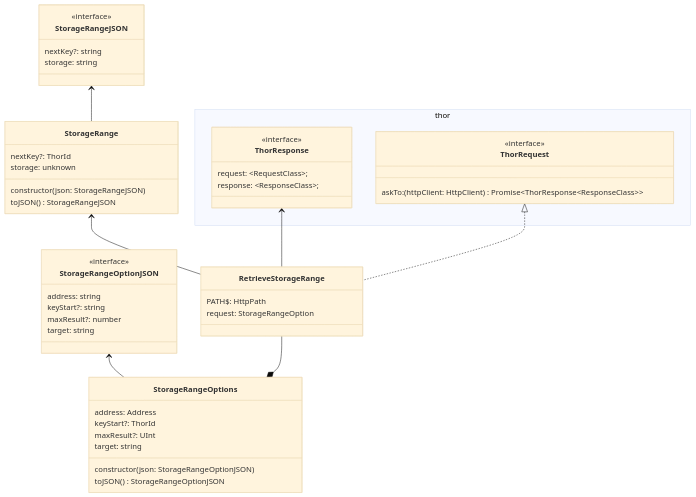
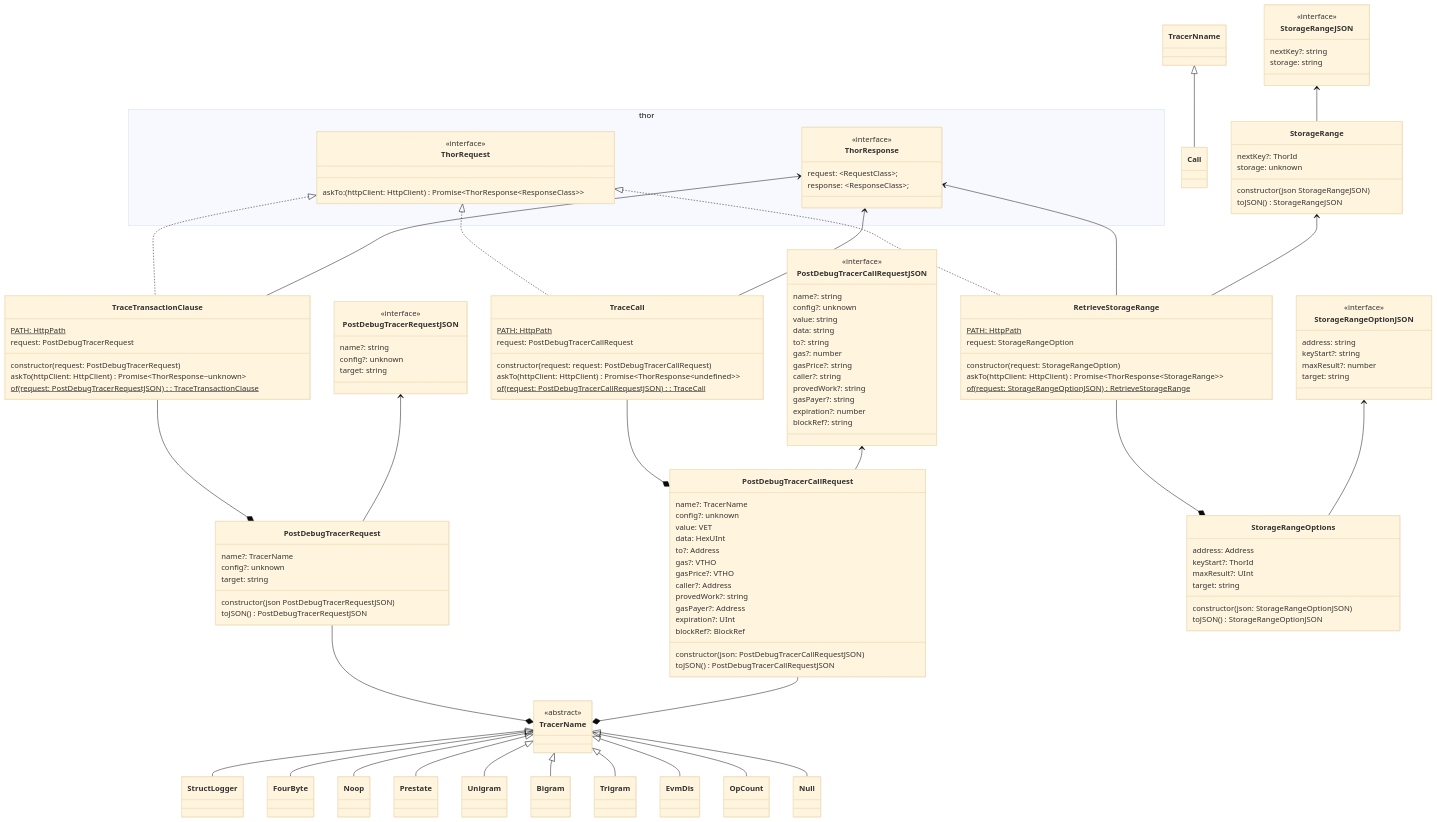
One commit to vechain/vechain-sdk-js changed the diagram in docs/diagrams/v2/net/thor/debug/debug.md. Above: the diagram before and after it, drawn with Mermaid (base theme). The commit also changed 7 other files, not shown here.

````diff
--- a/docs/diagrams/v2/net/thor/debug/debug.md
+++ b/docs/diagrams/v2/net/thor/debug/debug.md
@@ -1,15 +1,62 @@
 ```mermaid
 classDiagram
+    class PostDebugTracerCallRequest {
+        name?: TracerName
+        config?: unknown
+        value: VET
+        data: HexUInt
+        to?: Address
+        gas?: VTHO
+        gasPrice?: VTHO
+        caller?: Address
+        provedWork?: string
+        gasPayer?: Address
+        expiration?: UInt
+        blockRef?: BlockRef
+        constructor(json: PostDebugTracerCallRequestJSON)
+        toJSON() PostDebugTracerCallRequestJSON
+    }
+    class PostDebugTracerCallRequestJSON {
+        <<interface>>
+        name?: string
+        config?: unknown
+        value: string
+        data: string
+        to?: string
+        gas?: number
+        gasPrice?: string
+        caller?: string
+        provedWork?: string
+        gasPayer?: string
+        expiration?: number
+        blockRef?: string
+    }
+    class PostDebugTracerRequest {
+        name?: TracerName
+        config?: unknown
+        target: string
+        constructor(json PostDebugTracerRequestJSON)
+        toJSON() PostDebugTracerRequestJSON
+    }
+    class PostDebugTracerRequestJSON {
+        <<interface>>
+        name?: string
+        config?: unknown
+        target: string
+    }
     class RetrieveStorageRange {
-        PATH$: HttpPath
+        PATH: HttpPath$
         request: StorageRangeOption
+        constructor(request: StorageRangeOption)
+        askTo(httpClient: HttpClient) Promise~ThorResponse~StorageRange~~
+        of(request: StorageRangeOptionJSON) RetrieveStorageRange$
     }
     class StorageRange {
         nextKey?: ThorId
         storage: unknown
-        constructor(json: StorageRangeJSON)
+        constructor(json StorageRangeJSON)
         toJSON() StorageRangeJSON
-    }
+       }
     class StorageRangeJSON {
         <<interface>>
         nextKey?: string
@@ -30,6 +77,23 @@
         maxResult?: number
         target: string
     }
+    class TraceCall {
+        PATH: HttpPath$
+        request: PostDebugTracerCallRequest
+        constructor(request: request: PostDebugTracerCallRequest)
+        askTo(httpClient: HttpClient) Promise~ThorResponse~undefined~~
+        of(request: PostDebugTracerCallRequestJSON): TraceCall$
+    }
+    class TraceTransactionClause {
+        PATH: HttpPath$
+        request: PostDebugTracerRequest
+        constructor(request: PostDebugTracerRequest)
+        askTo(httpClient: HttpClient) Promise~ThorResponse~unknown~
+        of(request: PostDebugTracerRequestJSON): TraceTransactionClause$
+    }
+    class TracerName {
+        <<abstract>>
+    }
     namespace thor {
         class ThorRequest {
             <<interface>>
@@ -41,10 +105,31 @@
             response: ~ResponseClass~;
         }
     }
+    PostDebugTracerCallRequestJSON <-- PostDebugTracerCallRequest
+    PostDebugTracerRequestJSON <-- PostDebugTracerRequest
     StorageRange <-- RetrieveStorageRange
     StorageRangeJSON <-- StorageRange
     StorageRangeOptionJSON <-- StorageRangeOptions
     ThorResponse <-- RetrieveStorageRange
+    ThorResponse <-- TraceCall
+    ThorResponse <-- TraceTransactionClause
     ThorRequest <|.. RetrieveStorageRange
+    ThorRequest <|.. TraceCall
+    ThorRequest <|.. TraceTransactionClause
+    TracerName <|-- StructLogger
+    TracerName <|-- FourByte
+    TracerNname <|-- Call
+    TracerName <|-- Noop
+    TracerName <|-- Prestate
+    TracerName <|-- Unigram
+    TracerName <|-- Bigram
+    TracerName <|-- Trigram
+    TracerName <|-- EvmDis
+    TracerName <|-- OpCount
+    TracerName <|-- Null
     RetrieveStorageRange --* StorageRangeOptions
+    PostDebugTracerCallRequest --* TracerName
+    PostDebugTracerRequest --* TracerName
+    TraceCall --* PostDebugTracerCallRequest
+    TraceTransactionClause --* PostDebugTracerRequest
 ```
````
